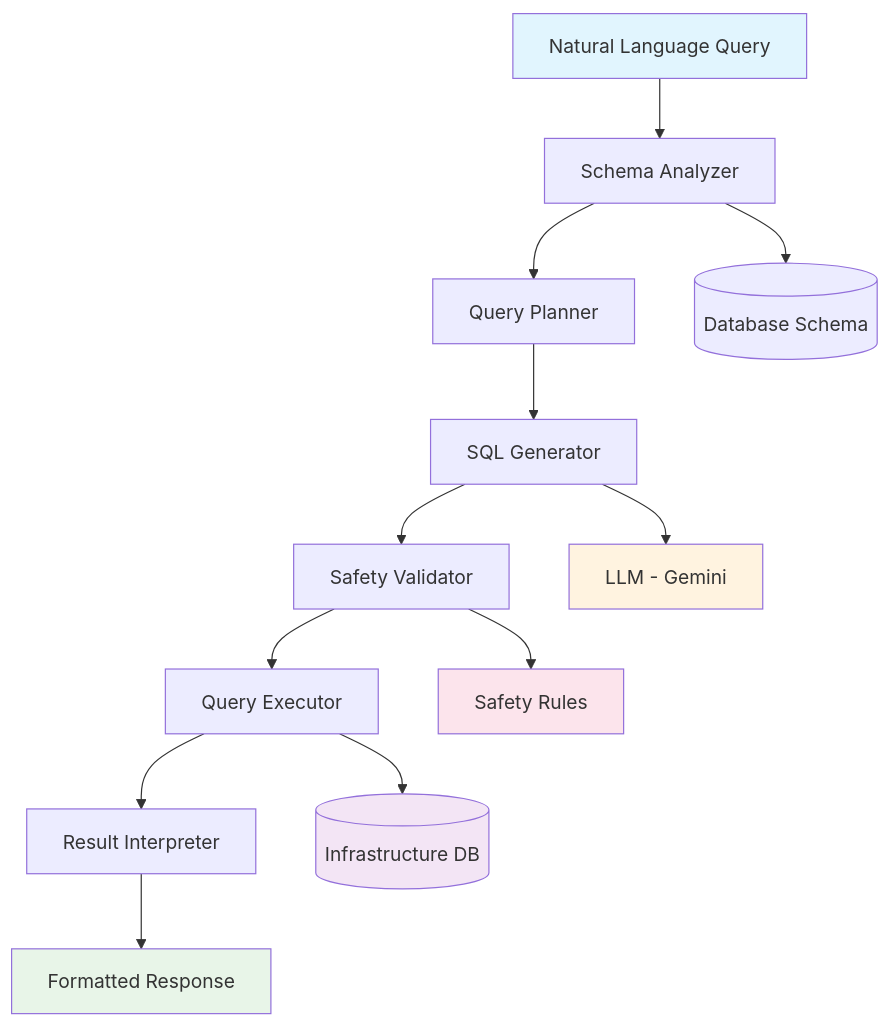
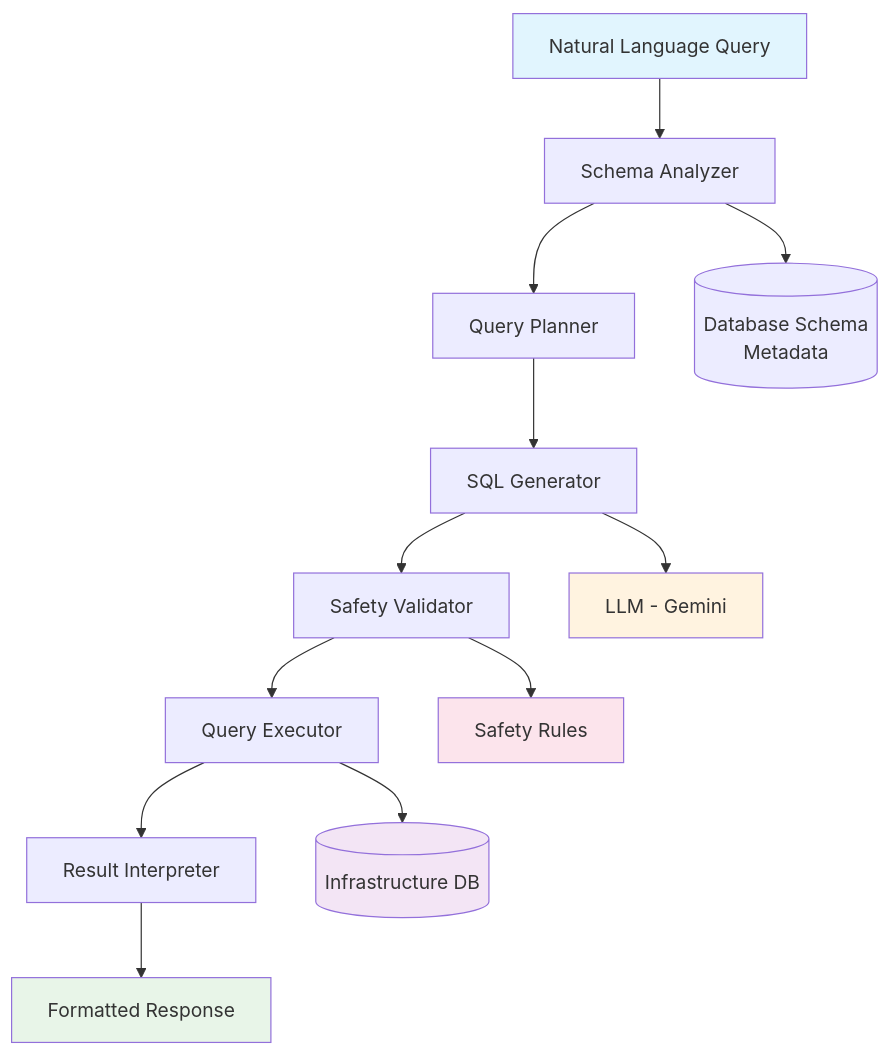
Before and after one commit to keo571/netquery: the diagram in README.md, drawn with Mermaid. The commit also changed other lines of this file, not shown here.

First line of the commit message:
Make README more accurate and explain Database Schema component

````diff
--- a/README.md
+++ b/README.md
@@ -7,21 +7,21 @@
 ```mermaid
 graph TD
     A[Natural Language Query] --> B[Schema Analyzer]
     B --> C[Query Planner]
     C --> D[SQL Generator]
     D --> E[Safety Validator]
     E --> F[Query Executor]
     F --> G[Result Interpreter]
     G --> H[Formatted Response]
     
-    B --> I[(Database Schema)]
+    B --> I[(Database Schema<br/>Metadata)]
     D --> J[LLM - Gemini]
     E --> K[Safety Rules]
     F --> L[(Infrastructure DB)]
     
     style A fill:#e1f5fe
     style H fill:#e8f5e8
     style J fill:#fff3e0
     style K fill:#fce4ec
     style L fill:#f3e5f5
 ```
````
